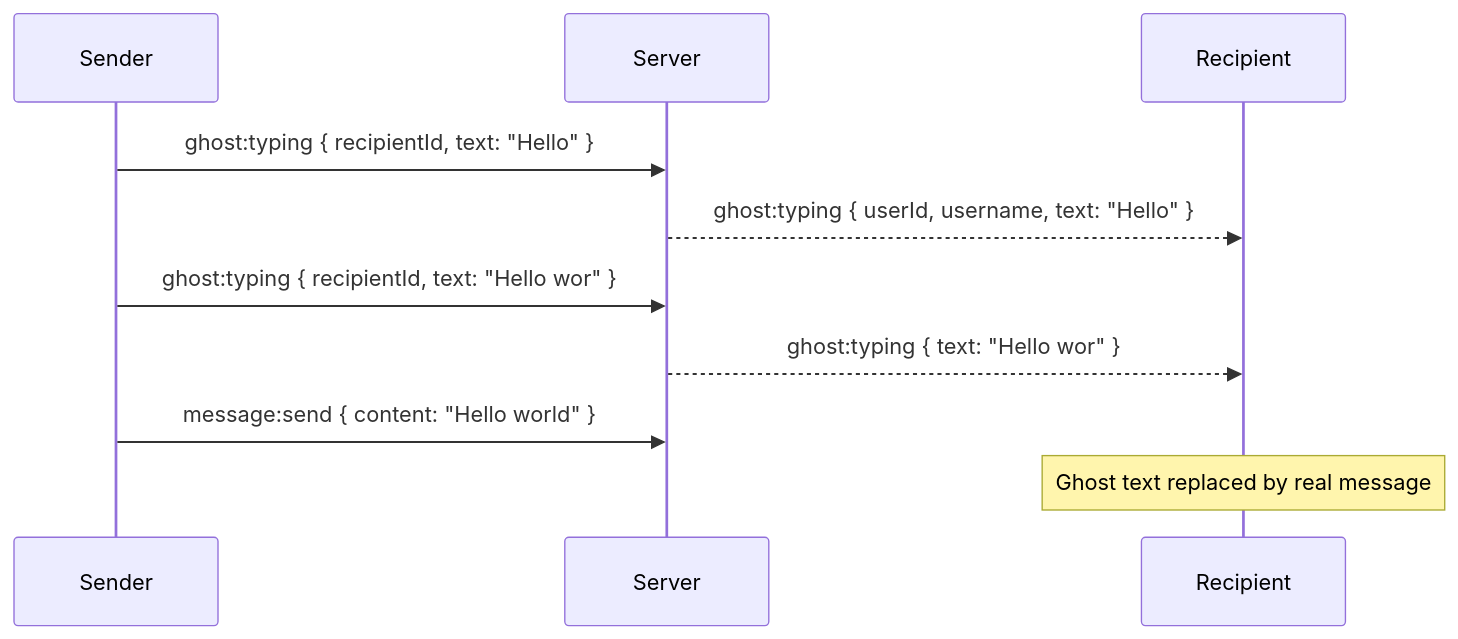
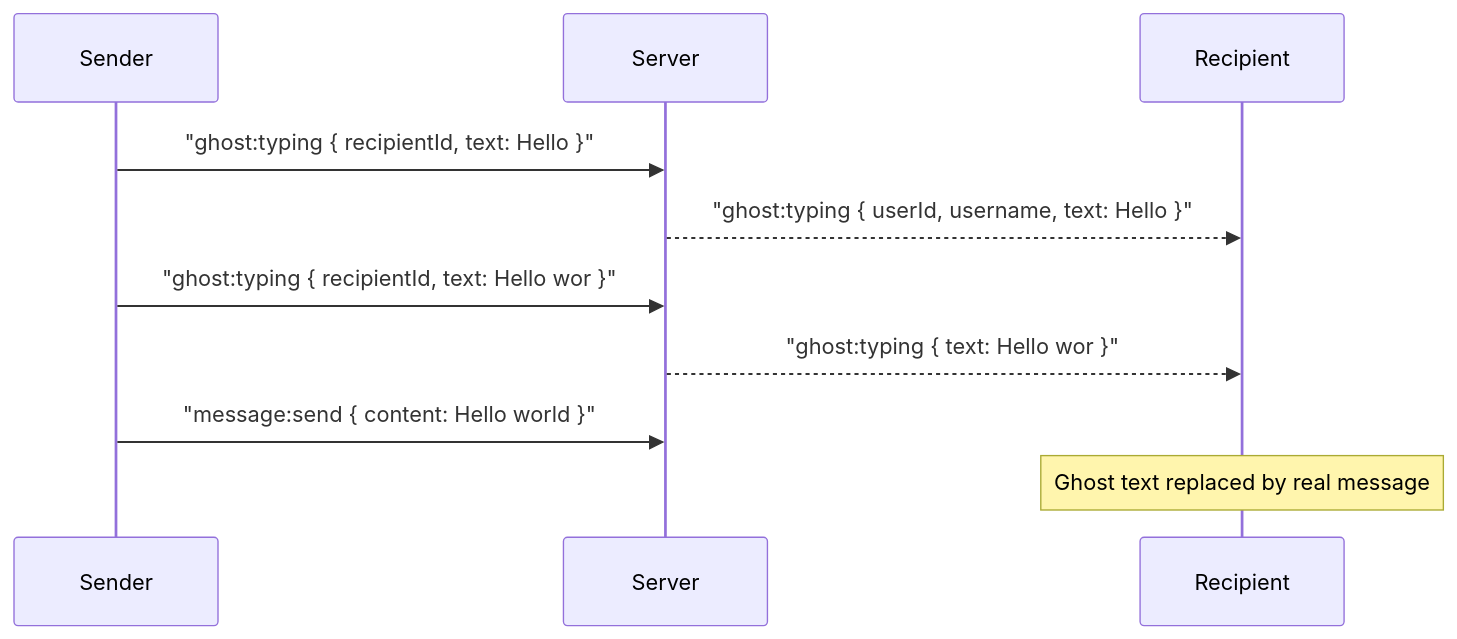
The fifth of 6 diagrams in Documentation/Features/MESSAGING.md (neofuture/chatr), drawn with Mermaid before and after one commit. The commit also changed other lines of this file and 5 other files, not shown here.

````diff
--- a/Documentation/Features/MESSAGING.md
+++ b/Documentation/Features/MESSAGING.md
@@ -148,13 +148,13 @@
 ```mermaid
 sequenceDiagram
     participant S as Sender
     participant SV as Server
     participant R as Recipient
 
-    S->>SV: ghost:typing { recipientId, text: "Hello" }
-    SV-->>R: ghost:typing { userId, username, text: "Hello" }
-    S->>SV: ghost:typing { recipientId, text: "Hello wor" }
-    SV-->>R: ghost:typing { text: "Hello wor" }
-    S->>SV: message:send { content: "Hello world" }
+    S->>SV: "ghost:typing { recipientId, text: Hello }"
+    SV-->>R: "ghost:typing { userId, username, text: Hello }"
+    S->>SV: "ghost:typing { recipientId, text: Hello wor }"
+    SV-->>R: "ghost:typing { text: Hello wor }"
+    S->>SV: "message:send { content: Hello world }"
     Note over R: Ghost text replaced by real message
 ```
````
